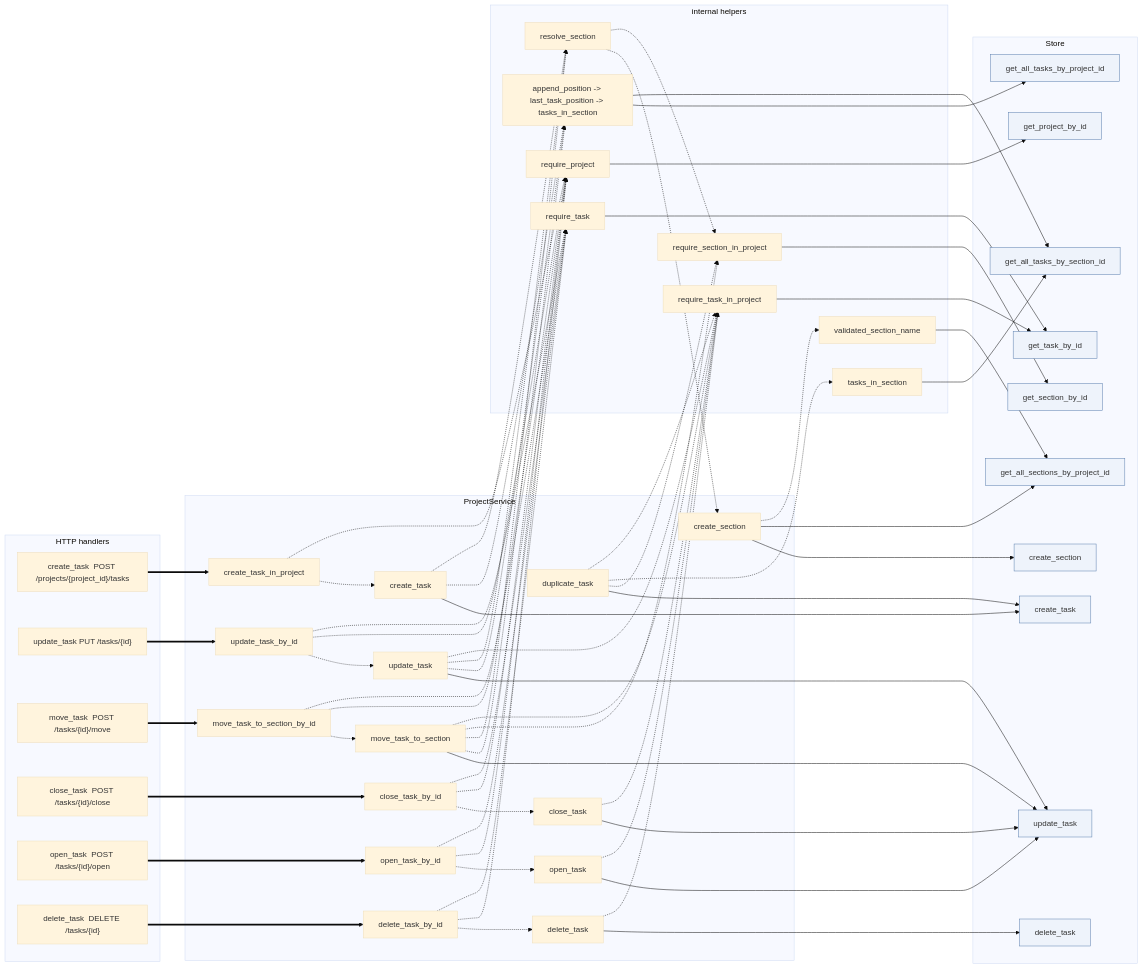
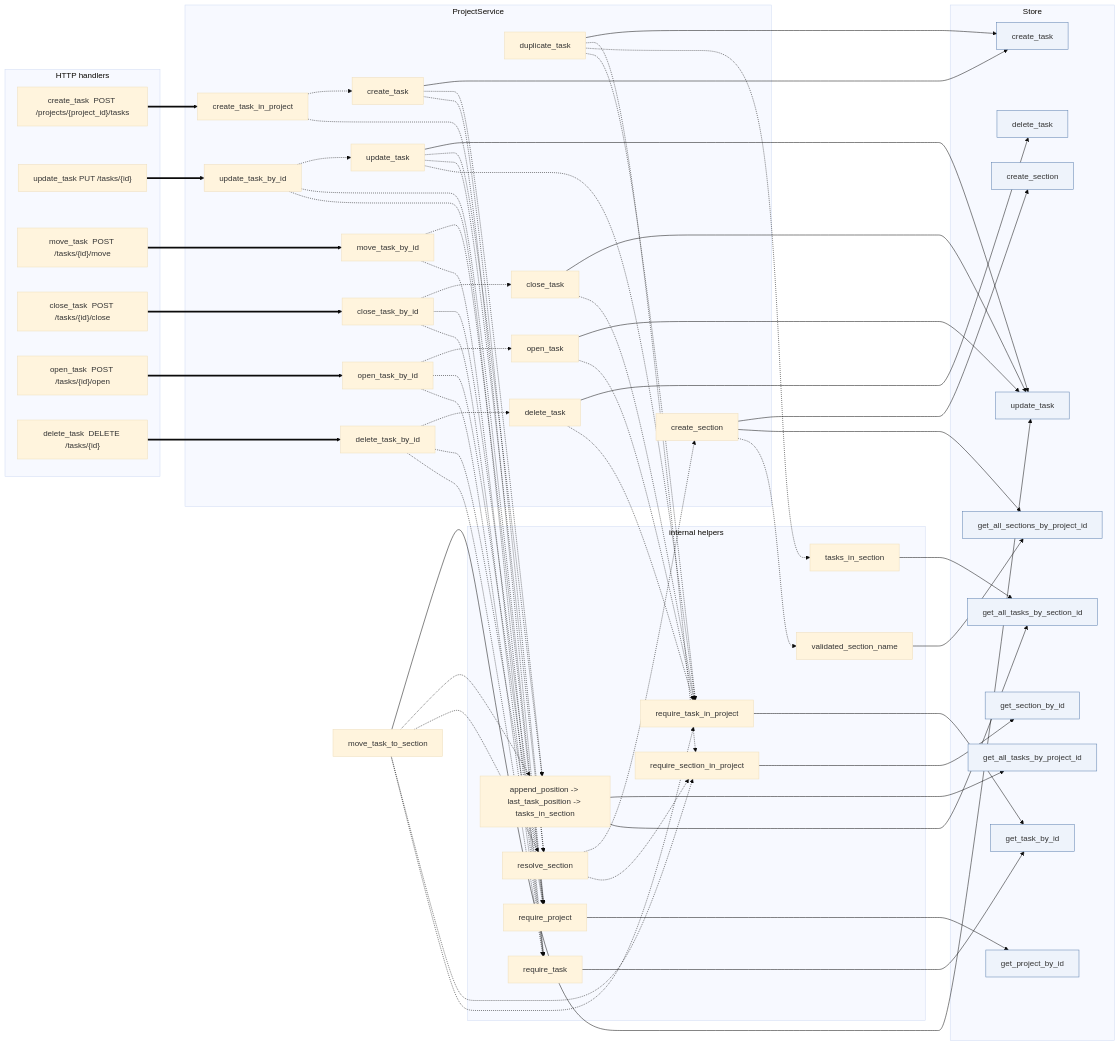
The first of 6 diagrams in docs/service-store-calls.md (paulwrubel/scry), drawn with Mermaid (base theme) before and after one commit. The commit also changed 11 other files, not shown here.

First line of the commit message:
feat: add task reordering and unify move placement requests (#188)

```diff
--- a/docs/service-store-calls.md
+++ b/docs/service-store-calls.md
@@ -31,8 +31,7 @@
     duplicate_task[duplicate_task]
     update_task[update_task]
     update_task_by_id[update_task_by_id]
-    move_task_to_section[move_task_to_section]
-    move_task_to_section_by_id[move_task_to_section_by_id]
+    move_task_by_id[move_task_by_id]
     close_task[close_task]
     close_task_by_id[close_task_by_id]
     open_task[open_task]
@@ -68,7 +67,7 @@
 
   h_create_task ==> create_task_in_project
   h_update_task ==> update_task_by_id
-  h_move_task ==> move_task_to_section_by_id
+  h_move_task ==> move_task_by_id
   h_close_task ==> close_task_by_id
   h_open_task ==> open_task_by_id
   h_delete_task ==> delete_task_by_id
@@ -78,9 +77,8 @@
   update_task_by_id -.-> require_task
   update_task_by_id -.-> require_project
   update_task_by_id -.-> update_task
-  move_task_to_section_by_id -.-> require_task
-  move_task_to_section_by_id -.-> require_project
-  move_task_to_section_by_id -.-> move_task_to_section
+  move_task_by_id -.-> require_task
+  move_task_by_id -.-> require_project
   close_task_by_id -.-> require_task
   close_task_by_id -.-> require_project
   close_task_by_id -.-> close_task
```
